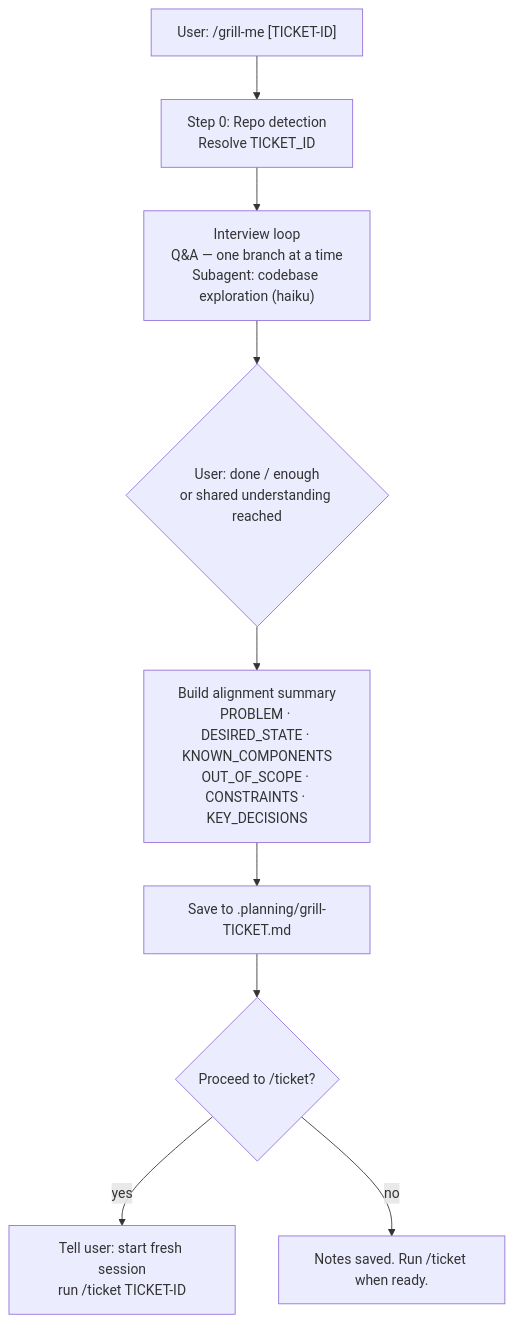
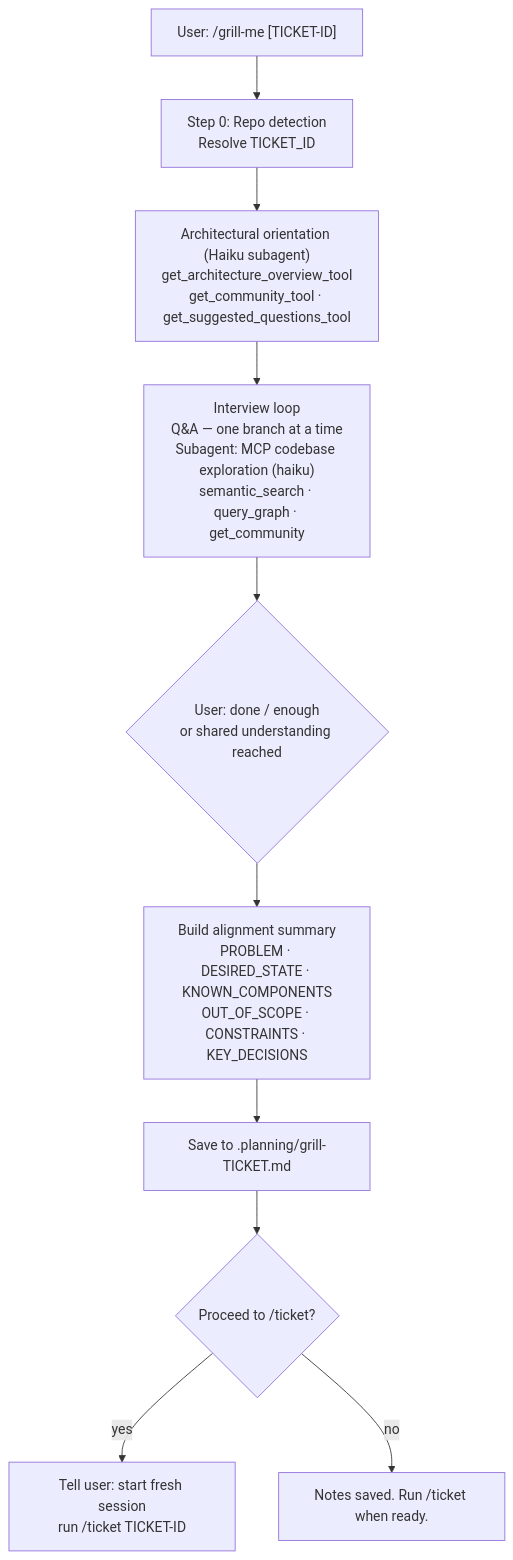
Before and after one commit to ahsan0444/jintech-omg-dev: the third of 9 diagrams in WORKFLOW.md, drawn with Mermaid. The commit also changed other lines of this file and 7 other files, not shown here.

````diff
--- a/WORKFLOW.md
+++ b/WORKFLOW.md
@@ -75,16 +75,17 @@
 ```mermaid
 flowchart TD
     Start["User: /grill-me [TICKET-ID]"]
     Setup["Step 0: Repo detection\nResolve TICKET_ID"]
-    Interview["Interview loop\nQ&A — one branch at a time\nSubagent: codebase exploration (haiku)"]
+    Orient["Architectural orientation (Haiku subagent)\nget_architecture_overview_tool\nget_community_tool · get_suggested_questions_tool"]
+    Interview["Interview loop\nQ&A — one branch at a time\nSubagent: MCP codebase exploration (haiku)\nsemantic_search · query_graph · get_community"]
     Done{"User: done / enough\nor shared understanding reached"}
     Summary["Build alignment summary\nPROBLEM · DESIRED_STATE · KNOWN_COMPONENTS\nOUT_OF_SCOPE · CONSTRAINTS · KEY_DECISIONS"]
     Save["Save to .planning/grill-TICKET.md"]
     Prompt{"Proceed to /ticket?"}
     Fresh["Tell user: start fresh session\nrun /ticket TICKET-ID"]
     Stop["Notes saved. Run /ticket when ready."]
 
-    Start --> Setup --> Interview --> Done --> Summary --> Save --> Prompt
+    Start --> Setup --> Orient --> Interview --> Done --> Summary --> Save --> Prompt
     Prompt -->|yes| Fresh
     Prompt -->|no| Stop
 ```
````
